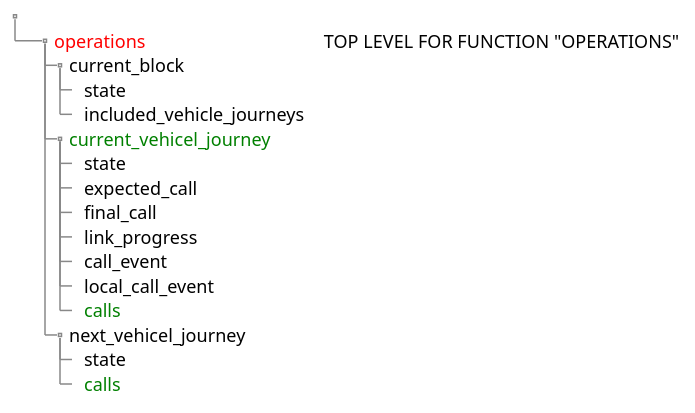
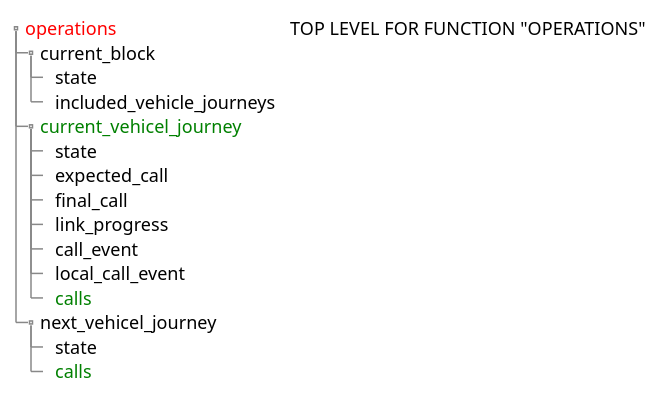
The diagram in puml-linktest/operations.puml (ITxPT/schematest), drawn with PlantUML before and after one commit.

```diff
--- a/puml-linktest/operations.puml
+++ b/puml-linktest/operations.puml
@@ -1,44 +1,44 @@
 @startsalt (id=operations)
 {
 {T
 ' operations related topics
 ' Status: workdoc, version 0.1
 ' the first topic level (+) is assigned to the ITxPT root topic
 
 ' Operational Information Topics
-.
-++ <font color=red>operations | <font color=black> TOP LEVEL FOR FUNCTION "OPERATIONS"
+
+++ <font color=red>operations | <font color=black>TOP LEVEL FOR FUNCTION "OPERATIONS"
 
 ' Current Operations Topics
 +++ current_block
 ++++ state
 ++++ included_vehicle_journeys
 
 ' current vehicle journey
 +++ <font color=green>current_vehicel_journey
 ++++ state
 
 ' new structure (AF), removed deitails level
 ' ++++ details
 ++++ expected_call
 ++++ final_call
 ++++ link_progress
 ++++ call_event
 ++++ local_call_event
 ++++ <font color=green>calls
 '++++++ <font color=green>[sequenceNumber]
 
 ' next vehicle journey
 +++ next_vehicel_journey
 ++++ state
 ++++ <font color=green>calls
 '+++++ [sequenceNumber]
-
+.
 }
 }
 
 'logon
 'raw link from github
 '!include https://raw.githubusercontent.com/ITxPT/schematest/main/puml-linktest/logon_mqtt-topics.puml!logon
 
 @endsalt
```
